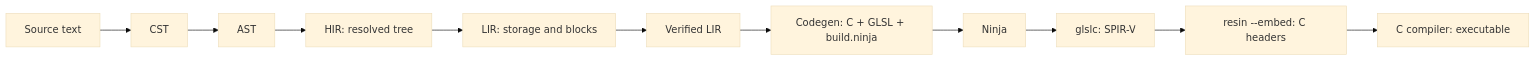
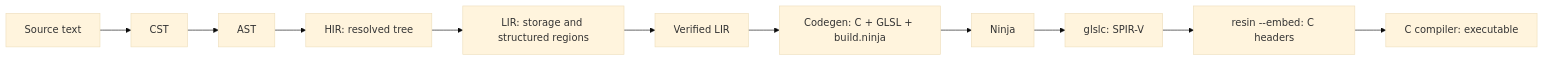
Before and after one commit to tsnl/resin: the diagram in doc/architecture.md, drawn with Mermaid (base theme). The commit also changed other lines of this file and 26 other files, not shown here.

First line of the commit message:
Preserve structured control flow in LIR and codegen (#148)

````diff
--- a/doc/architecture.md
+++ b/doc/architecture.md
@@ -34,13 +34,13 @@
 ```mermaid
 flowchart LR
     text[Source text] --> cst[CST]
     cst --> ast[AST]
     ast --> hir[HIR: resolved tree]
-    hir --> lir[LIR: storage and blocks]
+    hir --> lir[LIR: storage and structured regions]
     lir --> verified[Verified LIR]
     verified --> project[Codegen: C + GLSL + build.ninja]
     project --> ninja[Ninja]
     ninja --> spirv[glslc: SPIR-V]
     spirv --> headers[resin --embed: C headers]
     headers --> executable[C compiler: executable]
 ```
````
